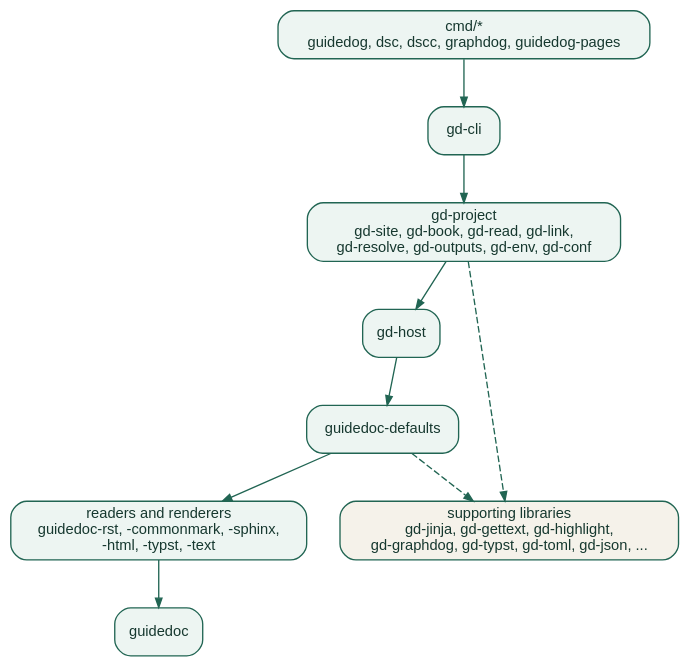
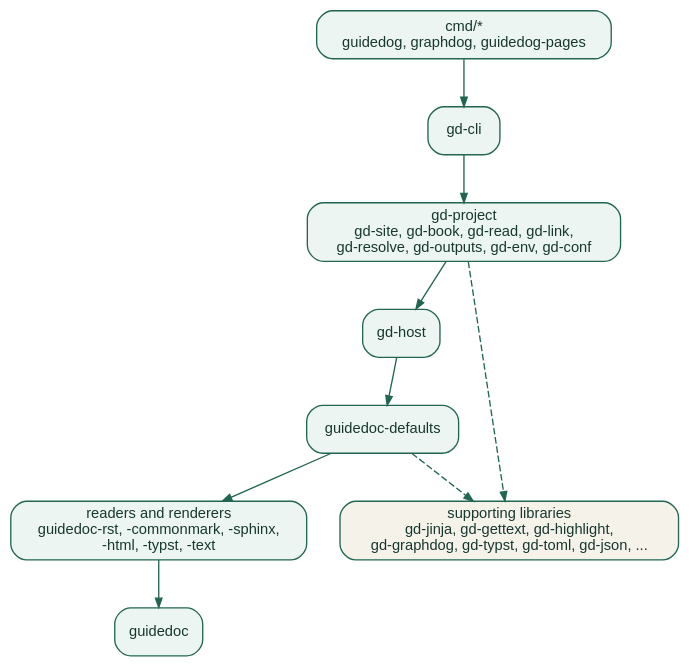
The diagram in docs/gds/records/0011-guidedog-in-rust.rst (insanai/guidedog), drawn with Graphviz before and after one commit. The commit also changed other lines of this file and 36 other files, not shown here.

Commit message:
docs: describe guidedog dsc and the self-contained binaries

```diff
--- a/docs/gds/records/0011-guidedog-in-rust.rst
+++ b/docs/gds/records/0011-guidedog-in-rust.rst
@@ -123,21 +123,21 @@
 .. graphviz::
    :caption: Dependencies point down; supporting libraries stand beside the engine.
    :alt: cmd depends on cli, cli on project, project on host, host on defaults, defaults on readers and renderers, which depend on the guidedoc core. Supporting libraries are joined only by adapters.
 
    digraph crates {
      graph [rankdir=TB, bgcolor="transparent", pad="0.3", nodesep="0.35"];
      node [shape=box, style="rounded,filled", fillcolor="#edf5f2",
            color="#216553", fontcolor="#16382f", fontname="Helvetica", fontsize=11];
      edge [color="#216553", arrowsize=0.7];
-     cmd [label="cmd/*\nguidedog, dsc, dscc, graphdog, guidedog-pages"];
+     cmd [label="cmd/*\nguidedog, graphdog, guidedog-pages"];
      cli [label="gd-cli"];
      project [label="gd-project\ngd-site, gd-book, gd-read, gd-link,\ngd-resolve, gd-outputs, gd-env, gd-conf"];
      host [label="gd-host"];
      defaults [label="guidedoc-defaults"];
      adapters [label="readers and renderers\nguidedoc-rst, -commonmark, -sphinx,\n-html, -typst, -text"];
      core [label="guidedoc"];
      libs [label="supporting libraries\ngd-jinja, gd-gettext, gd-highlight,\ngd-graphdog, gd-typst, gd-toml, gd-json, ...", fillcolor="#f5f2ea"];
      cmd -> cli -> project -> host -> defaults -> adapters -> core;
      project -> libs [style=dashed];
      defaults -> libs [style=dashed];
    }
```
